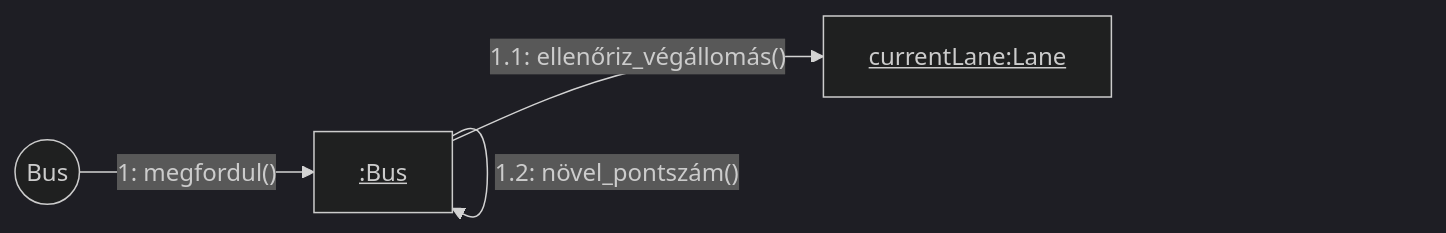
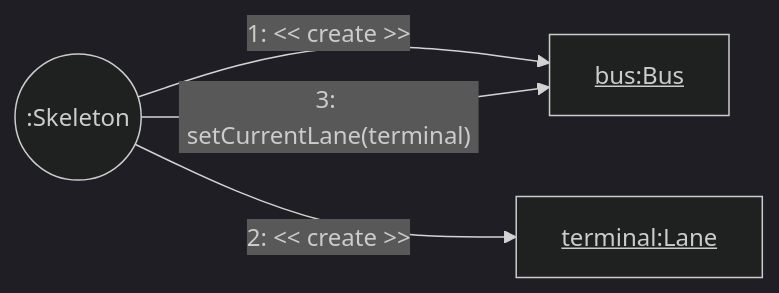
The diagram in docs/05/kommunikacios_diagrammok/04-buszmegfordulas_pontszerzes.md (toth-andor/UneNotteANapoli), drawn with Mermaid (dark theme) before and after one commit.

````diff
--- a/docs/05/kommunikacios_diagrammok/04-buszmegfordulas_pontszerzes.md
+++ b/docs/05/kommunikacios_diagrammok/04-buszmegfordulas_pontszerzes.md
@@ -1,10 +1,11 @@
 ```mermaid
 graph LR
-    A((Bus))
-    B[<u>:Bus</u>]
-    L[<u>currentLane:Lane</u>]
+    SK((:Skeleton))
+    B[<u>bus:Bus</u>]
+    L[<u>terminal:Lane</u>]
 
-    A -- "1: megfordul()" --> B
-    B -- "1.1: ellenőriz_végállomás()" --> L
-    B -- "1.2: növel_pontszám()" --> B
+    SK -- "1: << create >>" --> B
+    SK -- "2: << create >>" --> L
+    
+    SK -- "3: setCurrentLane(terminal)" --> B
 ```
````
